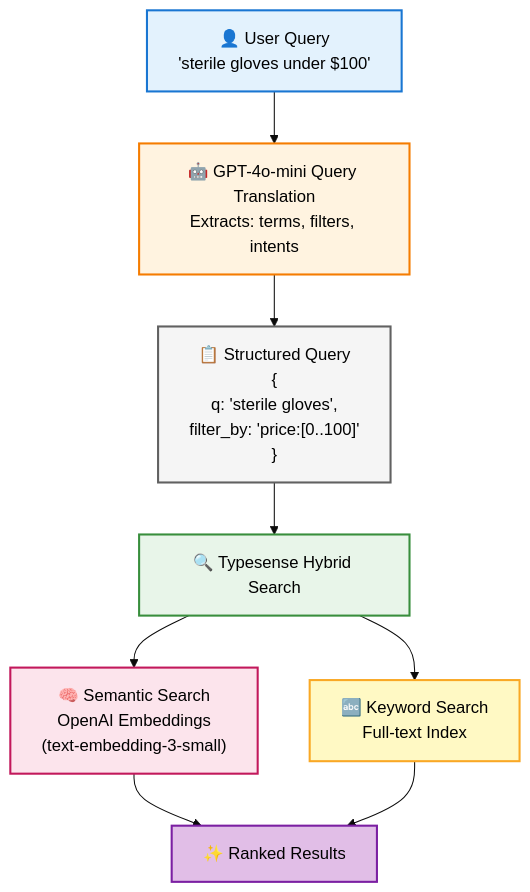
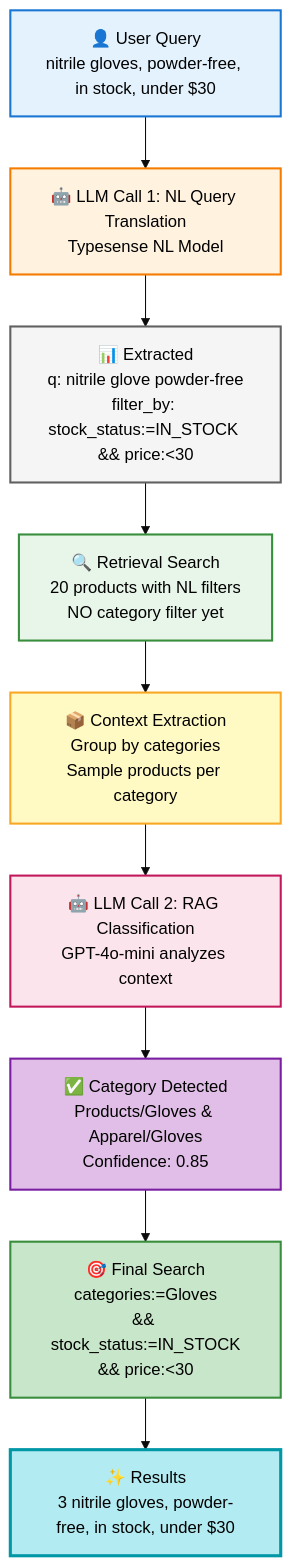
Before and after one commit to Bens-Organization/mercedes-nl-search: the diagram in CLAUDE.md, drawn with Mermaid (base theme). The commit also changed other lines of this file and 1 other file, not shown here.

First line of the commit message:
Update README and documentation for RAG dual LLM implementation

````diff
--- a/CLAUDE.md
+++ b/CLAUDE.md
@@ -41,18 +44,31 @@
 ```mermaid
 flowchart TB
-    A["👤 User Query<br/>'sterile gloves under $100'"] --> B["🤖 GPT-4o-mini Query Translation<br/>Extracts: terms, filters, intents"]
-    B --> C["📋 Structured Query<br/>{<br/>  q: 'sterile gloves',<br/>  filter_by: 'price:[0..100]'<br/>}"]
-    C --> D["🔍 Typesense Hybrid Search"]
-    D --> E["🧠 Semantic Search<br/>OpenAI Embeddings<br/>(text-embedding-3-small)"]
-    D --> F["🔤 Keyword Search<br/>Full-text Index"]
-    E --> G["✨ Ranked Results"]
+    A["👤 User Query<br/>nitrile gloves, powder-free, in stock, under $30"]
+    B["🤖 LLM Call 1: NL Query Translation<br/>Typesense NL Model"]
+    C["📊 Extracted<br/>q: nitrile glove powder-free<br/>filter_by: stock_status:=IN_STOCK && price:<30"]
+    D["🔍 Retrieval Search<br/>20 products with NL filters<br/>NO category filter yet"]
+    E["📦 Context Extraction<br/>Group by categories<br/>Sample products per category"]
+    F["🤖 LLM Call 2: RAG Classification<br/>GPT-4o-mini analyzes context"]
+    G["✅ Category Detected<br/>Products/Gloves & Apparel/Gloves<br/>Confidence: 0.85"]
+    H["🎯 Final Search<br/>categories:=Gloves<br/>&& stock_status:=IN_STOCK<br/>&& price:<30"]
+    I["✨ Results<br/>3 nitrile gloves, powder-free, in stock, under $30"]
+
+    A --> B
+    B --> C
+    C --> D
+    D --> E
+    E --> F
     F --> G
+    G --> H
+    H --> I
 
     style A fill:#e3f2fd,stroke:#1976d2,stroke-width:2px,color:#000
     style B fill:#fff3e0,stroke:#f57c00,stroke-width:2px,color:#000
     style C fill:#f5f5f5,stroke:#616161,stroke-width:2px,color:#000
     style D fill:#e8f5e9,stroke:#388e3c,stroke-width:2px,color:#000
-    style E fill:#fce4ec,stroke:#c2185b,stroke-width:2px,color:#000
-    style F fill:#fff9c4,stroke:#f9a825,stroke-width:2px,color:#000
+    style E fill:#fff9c4,stroke:#f9a825,stroke-width:2px,color:#000
+    style F fill:#fce4ec,stroke:#c2185b,stroke-width:2px,color:#000
     style G fill:#e1bee7,stroke:#7b1fa2,stroke-width:2px,color:#000
+    style H fill:#c8e6c9,stroke:#388e3c,stroke-width:2px,color:#000
+    style I fill:#b2ebf2,stroke:#0097a7,stroke-width:3px,color:#000
 ```
````
